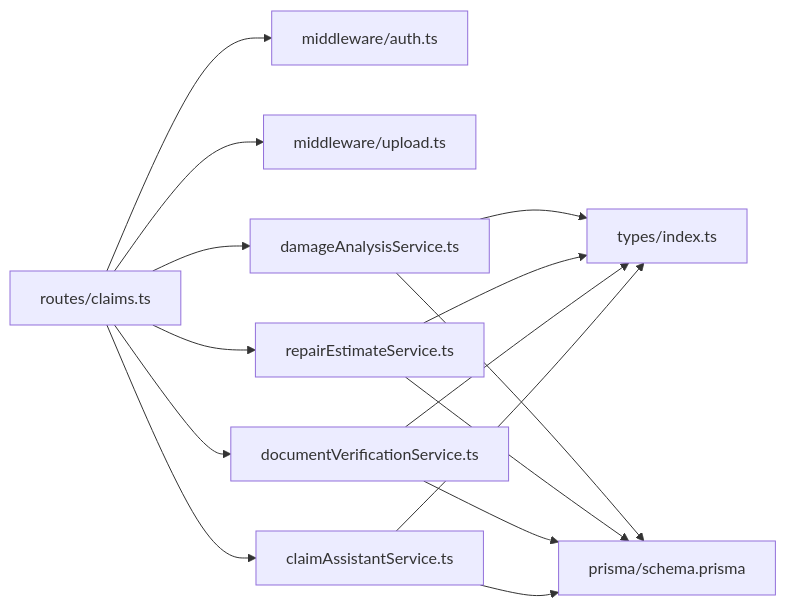
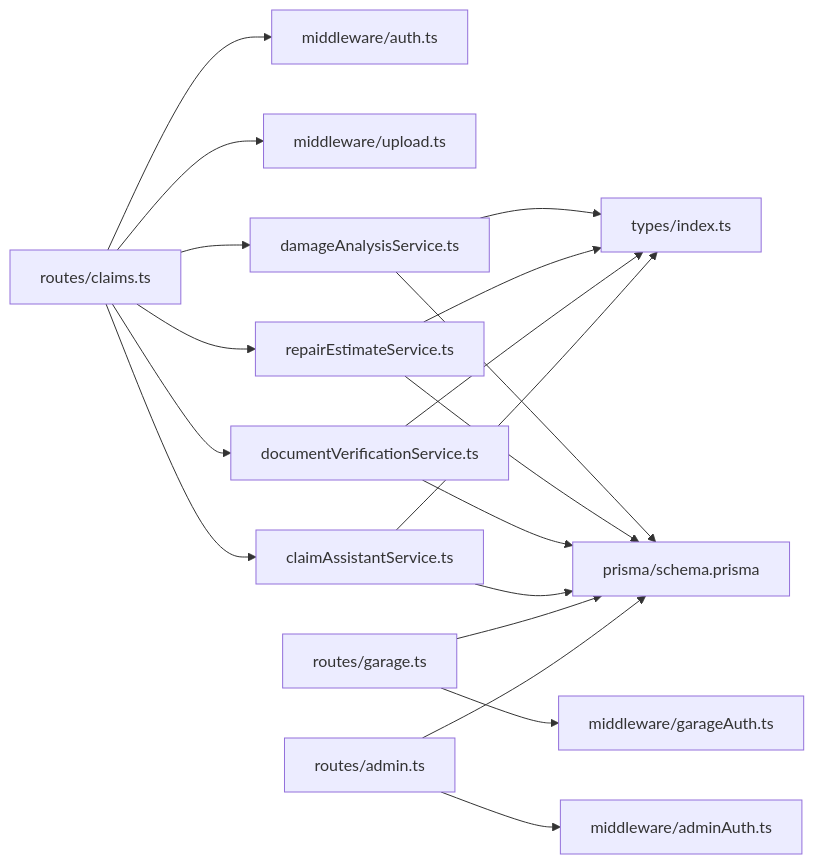
One commit to NaveenHiranya/Smart-Vehicle-Insurance-Claim-System changed diagram 12 of 12 in .qoder/repowiki/en/content/Business Logic Layer/Claims Processing Workflow.md. Above: the diagram before and after it, drawn with Mermaid. The commit also changed other lines of this file and 87 other files, not shown here.

````diff
--- a/.qoder/repowiki/en/content/Business Logic Layer/Claims Processing Workflow.md
+++ b/.qoder/repowiki/en/content/Business Logic Layer/Claims Processing Workflow.md
@@ -319,17 +464,21 @@
 ```mermaid
 graph LR
 R["routes/claims.ts"] --> M1["middleware/auth.ts"]
 R --> M2["middleware/upload.ts"]
 R --> S1["damageAnalysisService.ts"]
 R --> S2["repairEstimateService.ts"]
 R --> S3["documentVerificationService.ts"]
 R --> S4["claimAssistantService.ts"]
+R_G["routes/garage.ts"] --> MG["middleware/garageAuth.ts"]
+R_A["routes/admin.ts"] --> MA["middleware/adminAuth.ts"]
 S1 --> T["types/index.ts"]
 S2 --> T
 S3 --> T
 S4 --> T
 S1 --> P["prisma/schema.prisma"]
 S2 --> P
 S3 --> P
 S4 --> P
+R_G --> P
+R_A --> P
 ```
````
